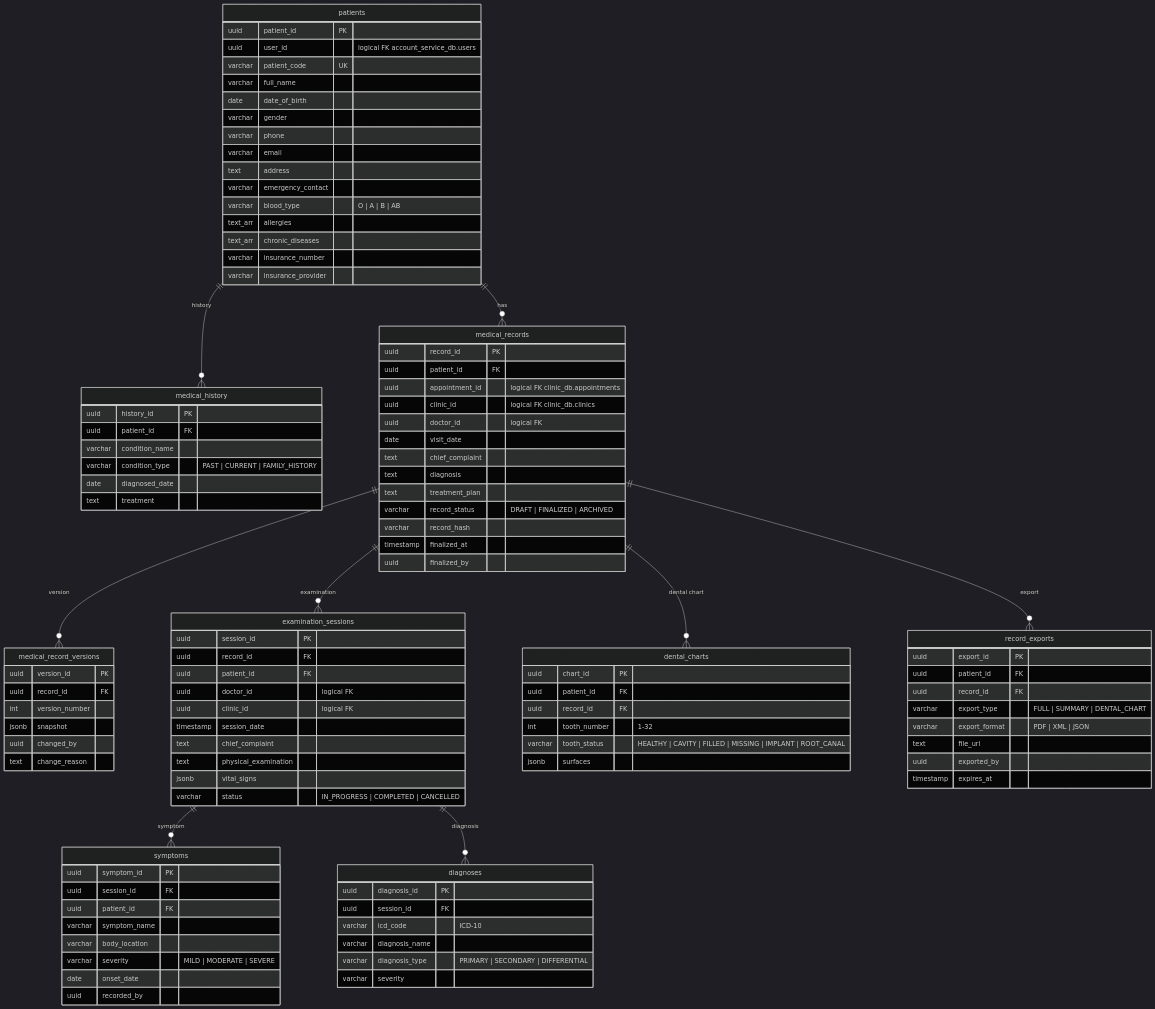
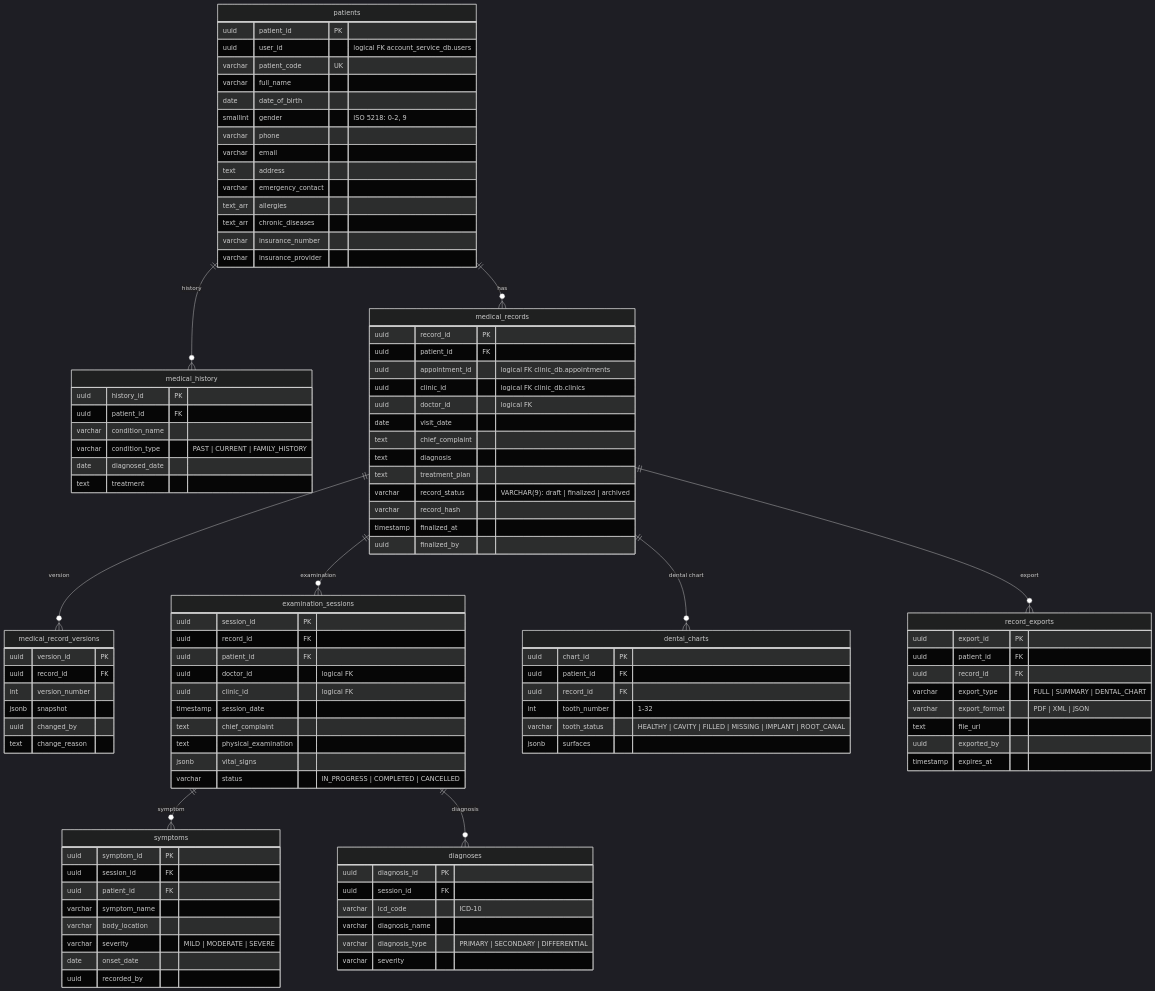
The fifth of 9 diagrams in docs/architecture/erd.md (LTPPPP/Smart-Medical-Intelligent-Ledger-for-E-health-S.M.I.L.E-), drawn with Mermaid (dark theme) before and after one commit. The commit also changed other lines of this file and 4 other files, not shown here.

First line of the commit message:
update : refresh ERD diagrams and architecture doc to match schemas

```diff
--- a/docs/architecture/erd.md
+++ b/docs/architecture/erd.md
@@ -278,12 +285,11 @@
         varchar patient_code UK
         varchar full_name
         date date_of_birth
-        varchar gender
+        smallint gender "ISO 5218: 0-2, 9"
         varchar phone
         varchar email
         text address
         varchar emergency_contact
-        varchar blood_type "O | A | B | AB"
         text_arr allergies
         text_arr chronic_diseases
         varchar insurance_number
@@ -307,7 +313,7 @@
         text chief_complaint
         text diagnosis
         text treatment_plan
-        varchar record_status "DRAFT | FINALIZED | ARCHIVED"
+        varchar record_status "VARCHAR(9): draft | finalized | archived"
         varchar record_hash
         timestamp finalized_at
         uuid finalized_by
```
